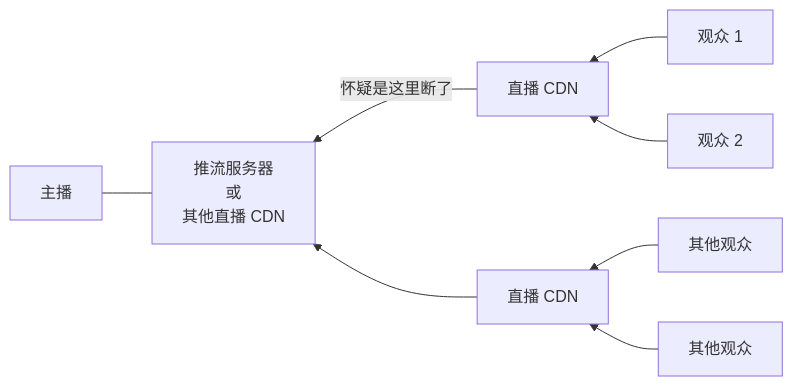
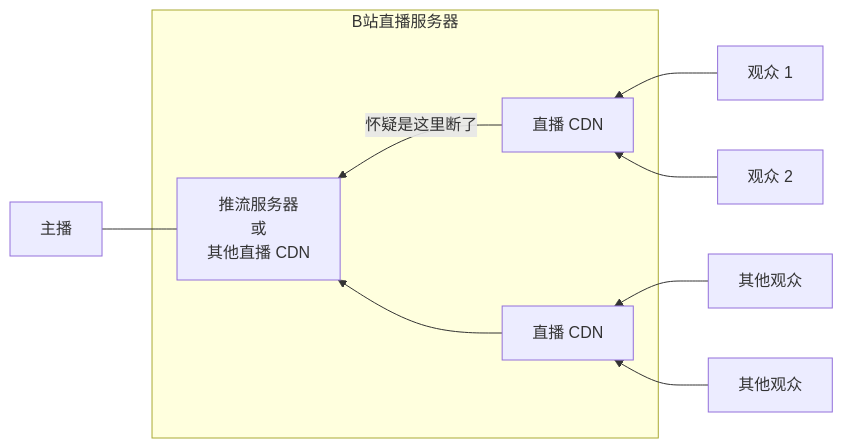
Before and after one commit to BililiveRecorder/website: the diagram in docs/user/settings.md, drawn with Mermaid.

````diff
--- a/docs/user/settings.md
+++ b/docs/user/settings.md
@@ -134,9 +134,14 @@
 ```mermaid
 flowchart RL
-    s1[推流服务器<br>或<br>其他直播 CDN] --- s[主播]
-    c[直播 CDN] --怀疑是这里断了--> s1
-    z11[其他观众] --> c1[直播 CDN] --> s1
-    z12[其他观众] --> c1
-    p1[观众 1] --> c
-    p2[观众 2] --> c
+  subgraph B站直播服务器
+    s1
+    c
+    c1
+  end
+  s1[推流服务器<br>或<br>其他直播 CDN] --- s[主播]
+  c[直播 CDN] --怀疑是这里断了--> s1
+  z11[其他观众] --> c1[直播 CDN] --> s1
+  z12[其他观众] --> c1
+  p1[观众 1] --> c
+  p2[观众 2] --> c
 ```
````
